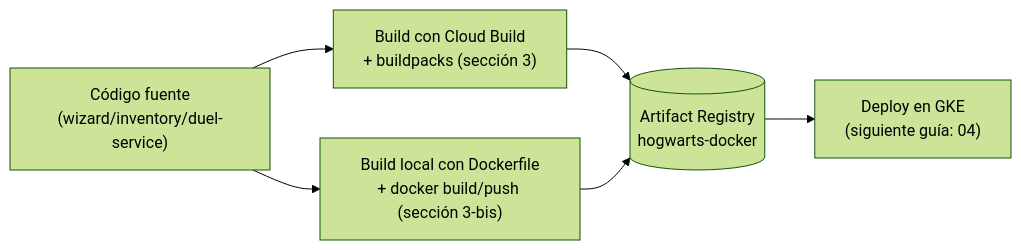
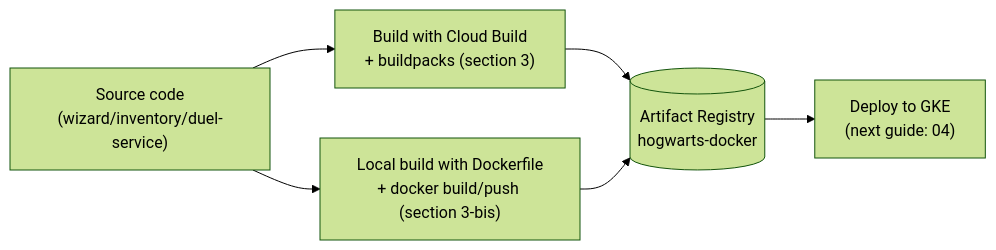
The diagram in GKE_GCP_DEPLOYMENT/03_artifact_registry_and_builds.md (aabse/hogwarts-backend), drawn with Mermaid (forest theme) before and after one commit. The commit also changed other lines of this file and 14 other files, not shown here.

````diff
--- a/GKE_GCP_DEPLOYMENT/03_artifact_registry_and_builds.md
+++ b/GKE_GCP_DEPLOYMENT/03_artifact_registry_and_builds.md
@@ -15,12 +15,12 @@
 ```mermaid
 flowchart LR
-    SRC["Código fuente<br/>(wizard/inventory/duel-service)"]
-    BP["Build con Cloud Build<br/>+ buildpacks (sección 3)"]
-    DF["Build local con Dockerfile<br/>+ docker build/push (sección 3-bis)"]
+    SRC["Source code<br/>(wizard/inventory/duel-service)"]
+    BP["Build with Cloud Build<br/>+ buildpacks (section 3)"]
+    DF["Local build with Dockerfile<br/>+ docker build/push (section 3-bis)"]
     AR[("Artifact Registry<br/>hogwarts-docker")]
-    GKE["Deploy en GKE<br/>(siguiente guía: 04)"]
+    GKE["Deploy to GKE<br/>(next guide: 04)"]
 
     SRC --> BP --> AR
     SRC --> DF --> AR
     AR --> GKE
 ```
````
